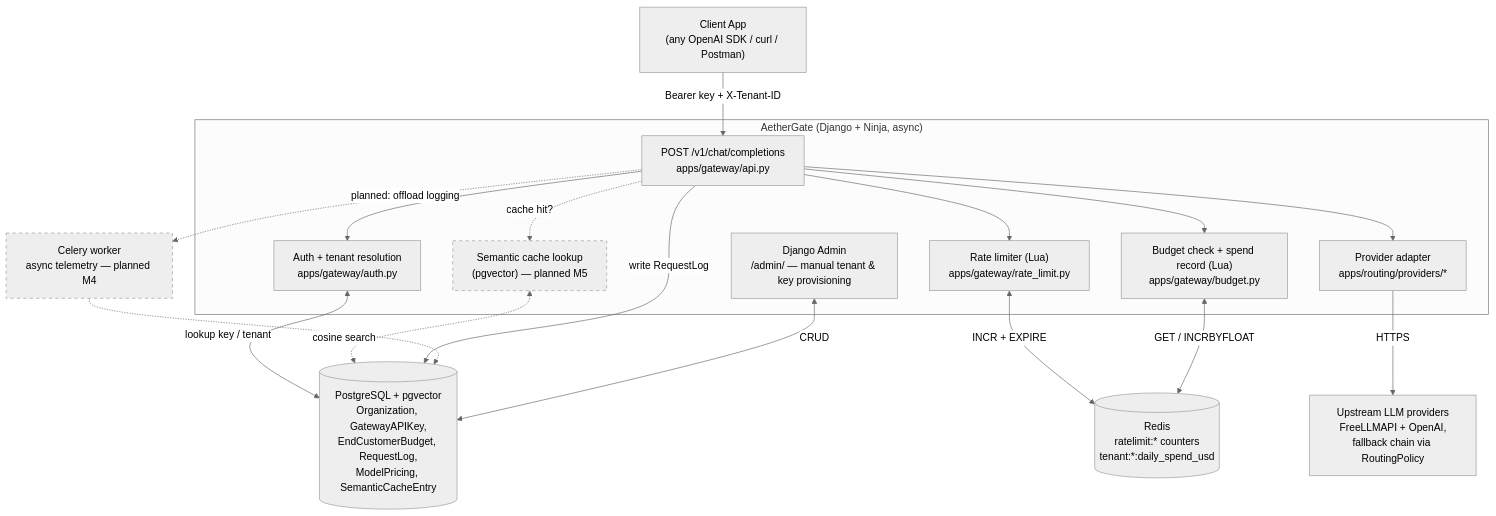
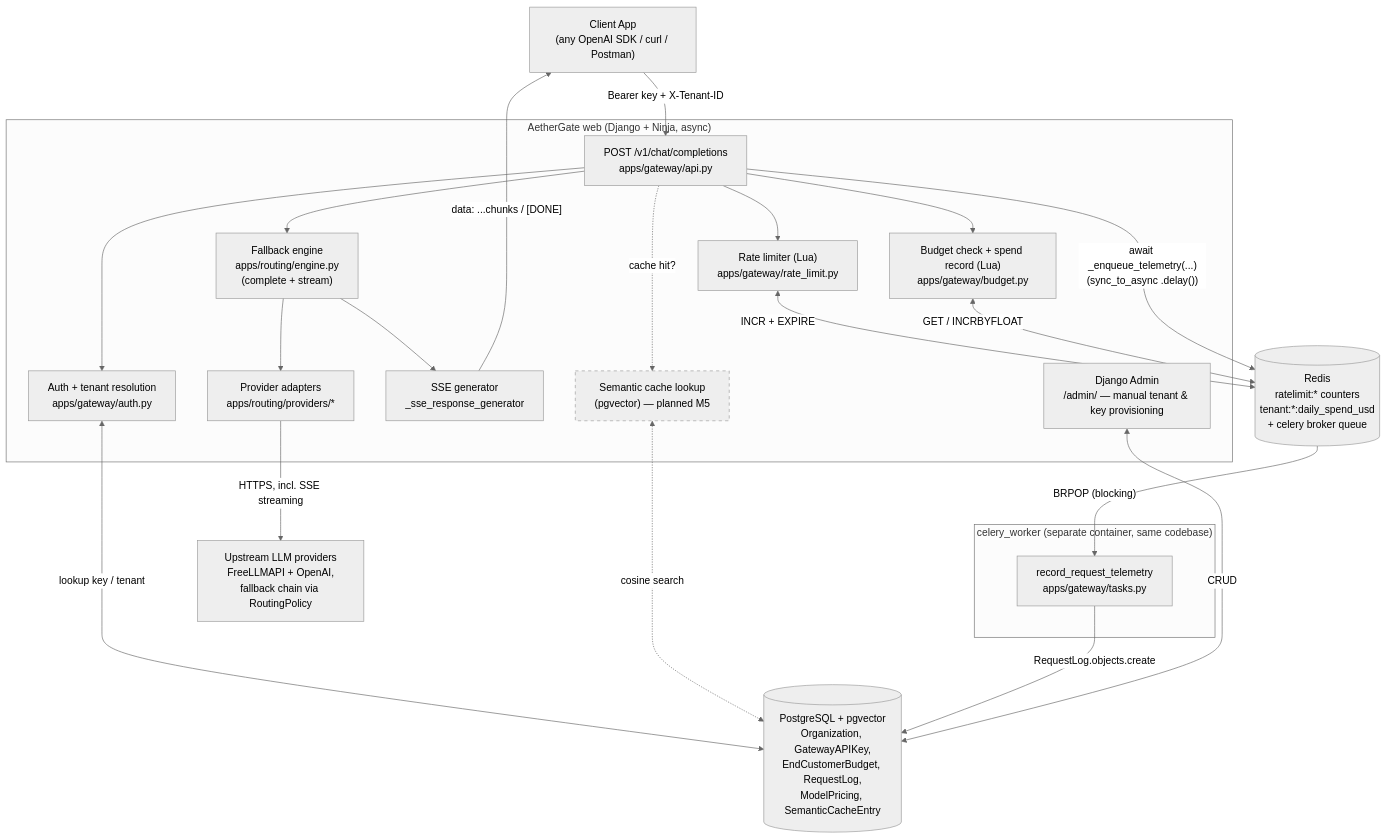
One commit to SANAT-01/AetherGate changed the first of 2 diagrams in README.md. Above: the diagram before and after it, drawn with Mermaid (neutral theme). The commit also changed other lines of this file, not shown here.

````diff
--- a/README.md
+++ b/README.md
@@ -13,38 +13,45 @@
 ```mermaid
 flowchart TB
     Client["Client App<br/>(any OpenAI SDK / curl / Postman)"]
 
-    subgraph gw["AetherGate (Django + Ninja, async)"]
+    subgraph gw["AetherGate web (Django + Ninja, async)"]
         Router["POST /v1/chat/completions<br/>apps/gateway/api.py"]
         Auth["Auth + tenant resolution<br/>apps/gateway/auth.py"]
         RateLimit["Rate limiter (Lua)<br/>apps/gateway/rate_limit.py"]
         Budget["Budget check + spend record (Lua)<br/>apps/gateway/budget.py"]
-        Provider["Provider adapter<br/>apps/routing/providers/*"]
+        Engine["Fallback engine<br/>apps/routing/engine.py<br/>(complete + stream)"]
+        Provider["Provider adapters<br/>apps/routing/providers/*"]
+        SSE["SSE generator<br/>_sse_response_generator"]
         Cache["Semantic cache lookup<br/>(pgvector) — planned M5"]
         Admin["Django Admin<br/>/admin/ — manual tenant & key provisioning"]
     end
 
+    subgraph worker["celery_worker (separate container, same codebase)"]
+        Task["record_request_telemetry<br/>apps/gateway/tasks.py"]
+    end
+
     Postgres[("PostgreSQL + pgvector<br/>Organization, GatewayAPIKey,<br/>EndCustomerBudget, RequestLog,<br/>ModelPricing, SemanticCacheEntry")]
-    Redis[("Redis<br/>ratelimit:* counters<br/>tenant:*:daily_spend_usd")]
+    Redis[("Redis<br/>ratelimit:* counters<br/>tenant:*:daily_spend_usd<br/>+ celery broker queue")]
     LLM["Upstream LLM providers<br/>FreeLLMAPI + OpenAI,<br/>fallback chain via RoutingPolicy"]
-    Celery["Celery worker<br/>async telemetry — planned M4"]
 
     Client -->|"Bearer key + X-Tenant-ID"| Router
     Router --> Auth
     Auth <-->|lookup key / tenant| Postgres
     Router --> RateLimit
     RateLimit <-->|INCR + EXPIRE| Redis
     Router --> Budget
     Budget <-->|GET / INCRBYFLOAT| Redis
     Router -.->|cache hit?| Cache
     Cache <-.->|cosine search| Postgres
-    Router --> Provider
-    Provider -->|HTTPS| LLM
-    Router -->|write RequestLog| Postgres
-    Router -.->|planned: offload logging| Celery
-    Celery -.-> Postgres
+    Router --> Engine
+    Engine --> Provider
+    Provider -->|HTTPS, incl. SSE streaming| LLM
+    Engine --> SSE
+    SSE -->|"data: ...chunks / [DONE]"| Client
+    Router -->|"await _enqueue_telemetry(...)<br/>(sync_to_async .delay())"| Redis
+    Redis -->|"BRPOP (blocking)"| Task
+    Task -->|RequestLog.objects.create| Postgres
     Admin <-->|CRUD| Postgres
 
     style Cache stroke-dasharray: 5 5
-    style Celery stroke-dasharray: 5 5
 ```
````
